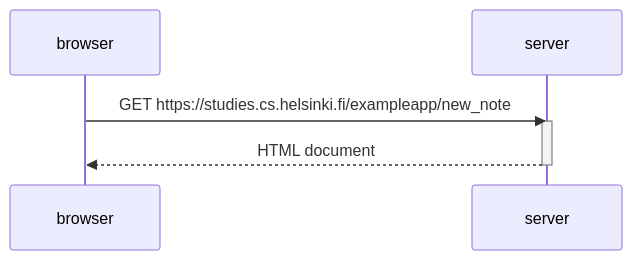
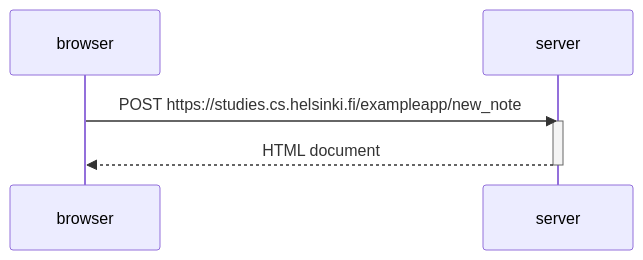
The diagram in part0/04.md (asagiria/AntK4CFullStack), drawn with Mermaid before and after one commit. The commit also changed 1 other file, not shown here.

````diff
--- a/part0/04.md
+++ b/part0/04.md
@@ -1,9 +1,9 @@
 ```mermaid
 sequenceDiagram
 	participant browser
 	participant server
-	browser->>server: GET https://studies.cs.helsinki.fi/exampleapp/new_note
+	browser->>server: POST https://studies.cs.helsinki.fi/exampleapp/new_note
     activate server
     server-->>browser: HTML document
     deactivate server
 ```
````
